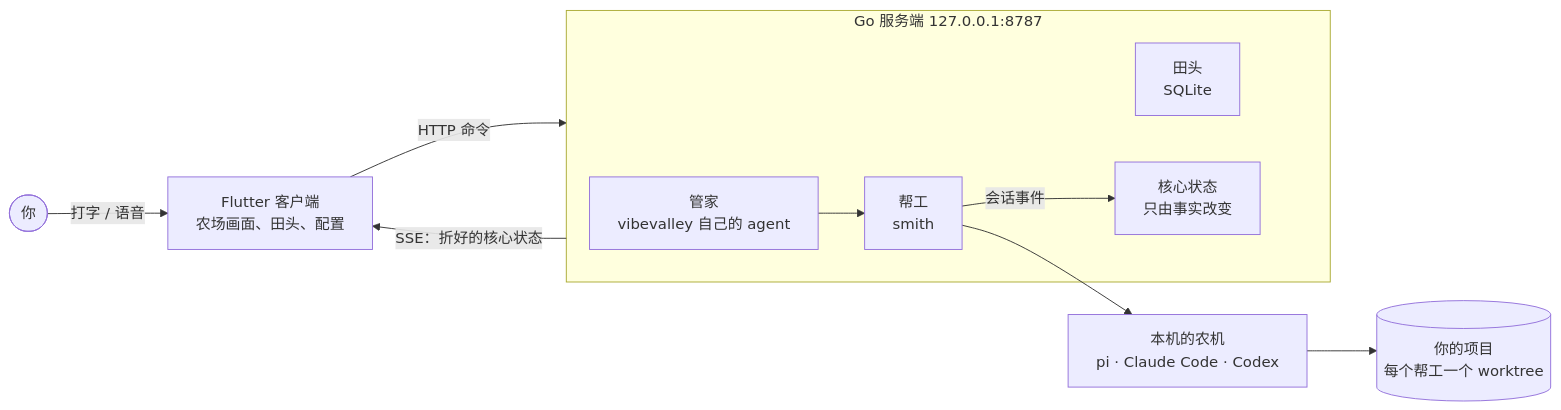
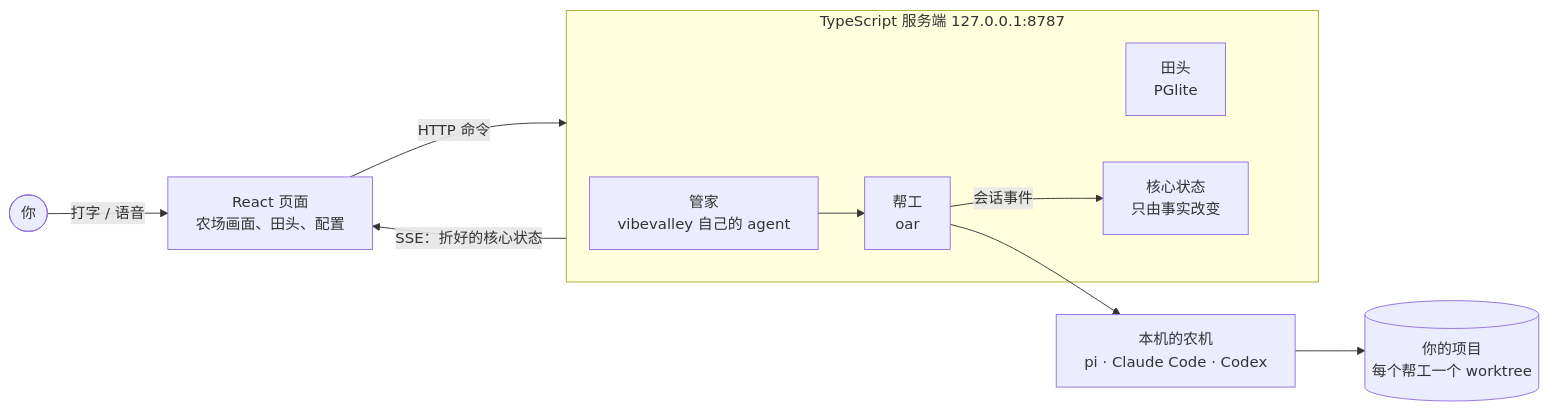
The diagram in README.md (vibevalleyhq/vibevalley), drawn with Mermaid before and after one commit. The commit also changed other lines of this file and 3060 other files, not shown here.

First line of the commit message:
The whole farm is TypeScript: the server runs on Effect with oar and PGlite, the page is React in an Electron shell and an Expo phone shell, Go, Flutter and the legacy code are gone, and Vite+ manages installs, formatting, lint and the page's build

````diff
--- a/README.md
+++ b/README.md
@@ -34,16 +34,16 @@
 ```mermaid
 flowchart LR
-  you([你]) -- 打字 / 语音 --> app[Flutter 客户端<br/>农场画面、田头、配置]
+  you([你]) -- 打字 / 语音 --> app[React 页面<br/>农场画面、田头、配置]
   app -- HTTP 命令 --> server
   server -- SSE：折好的核心状态 --> app
-  subgraph server[Go 服务端 127.0.0.1:8787]
+  subgraph server[TypeScript 服务端 127.0.0.1:8787]
     manager[管家<br/>vibevalley 自己的 agent]
-    chat[田头<br/>SQLite]
+    chat[田头<br/>PGlite]
     site[核心状态<br/>只由事实改变]
-    sessions[帮工<br/>smith]
+    sessions[帮工<br/>oar]
   end
   manager --> sessions
   sessions -- 会话事件 --> site
   sessions --> rt[本机的农机<br/>pi · Claude Code · Codex]
   rt --> repo[(你的项目<br/>每个帮工一个 worktree)]
 ```
````
